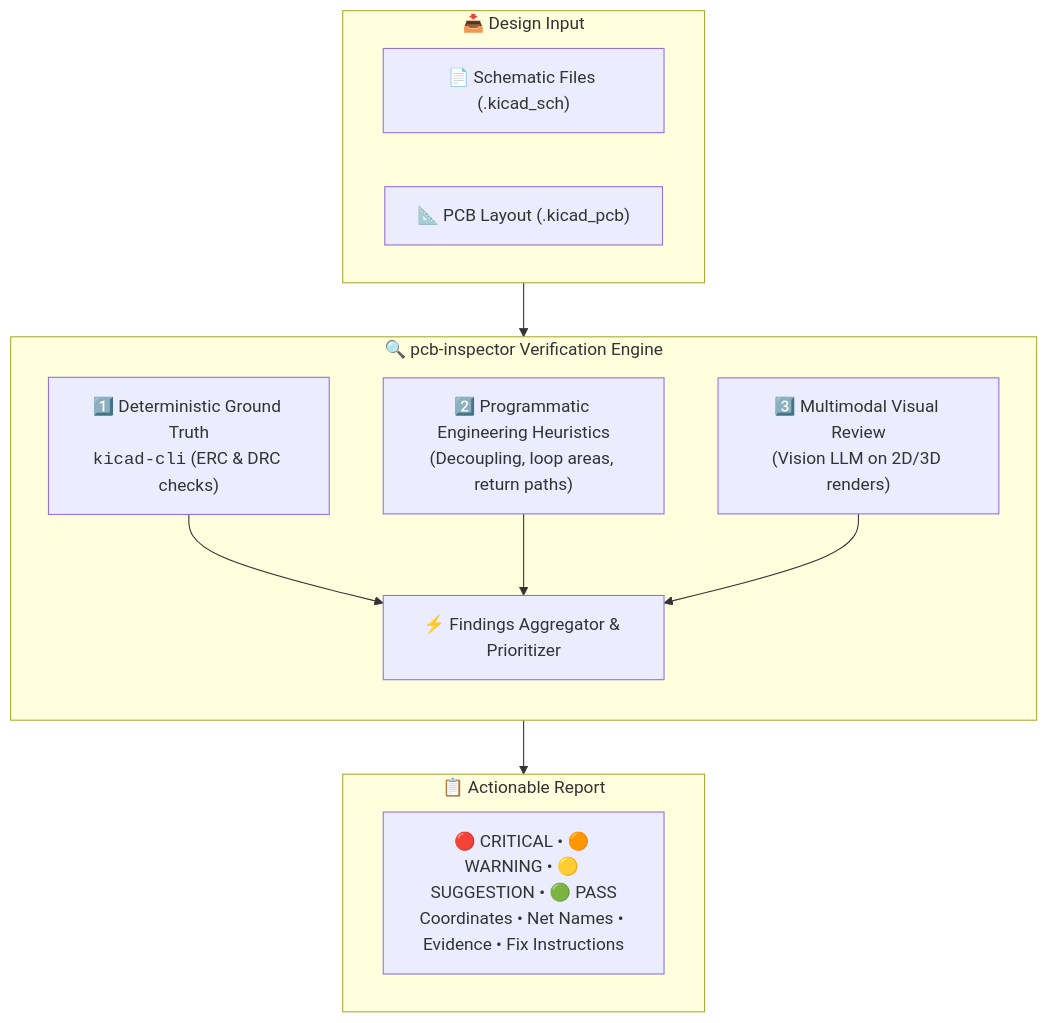
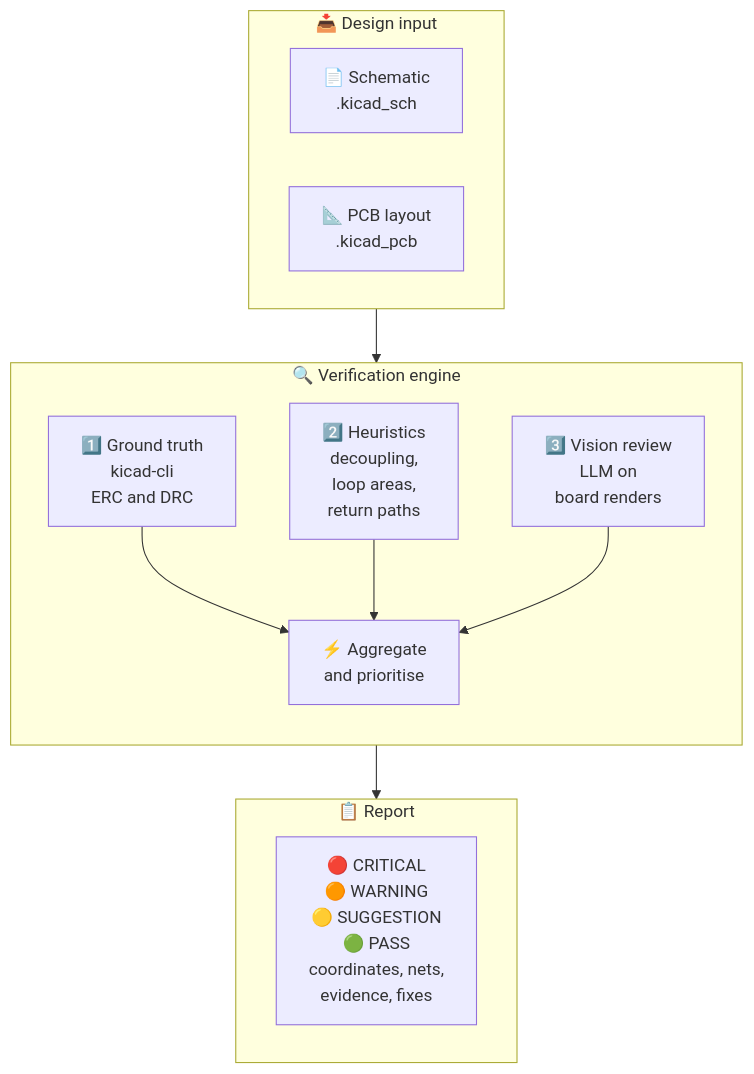
One commit to takzen/pcb-inspector changed the first of 2 diagrams in README.md. Above: the diagram before and after it, drawn with Mermaid.

Commit message:
docs: fit the pipeline diagram labels inside their boxes
GitHub's Mermaid renderer sized boxes narrower than the emoji and <code>
text inside them, so long labels were clipped. Labels are now short
lines, with no <code>.

````diff
--- a/README.md
+++ b/README.md
@@ -95,26 +95,26 @@
 ```mermaid
 flowchart TD
-    subgraph Input ["📥 Design Input"]
-        SCH["📄 Schematic Files (.kicad_sch)"]
-        PCB["📐 PCB Layout (.kicad_pcb)"]
+    subgraph Input ["📥 Design input"]
+        SCH["📄 Schematic<br/>.kicad_sch"]
+        PCB["📐 PCB layout<br/>.kicad_pcb"]
     end
 
-    subgraph Pipeline ["🔍 pcb-inspector Verification Engine"]
+    subgraph Pipeline ["🔍 Verification engine"]
         direction TB
-        L1["1️⃣ Deterministic Ground Truth<br/><code>kicad-cli</code> (ERC & DRC checks)"]
-        L2["2️⃣ Programmatic Engineering Heuristics<br/>(Decoupling, loop areas, return paths)"]
-        L3["3️⃣ Multimodal Visual Review<br/>(Vision LLM on 2D/3D renders)"]
-        
+        L1["1️⃣ Ground truth<br/>kicad-cli<br/>ERC and DRC"]
+        L2["2️⃣ Heuristics<br/>decoupling,<br/>loop areas,<br/>return paths"]
+        L3["3️⃣ Vision review<br/>LLM on<br/>board renders"]
+        Aggregator["⚡ Aggregate<br/>and prioritise"]
+
         L1 --> Aggregator
         L2 --> Aggregator
         L3 --> Aggregator
-        Aggregator["⚡ Findings Aggregator & Prioritizer"]
     end
 
-    subgraph Output ["📋 Actionable Report"]
-        Report["🔴 CRITICAL • 🟠 WARNING • 🟡 SUGGESTION • 🟢 PASS<br/>Coordinates • Net Names • Evidence • Fix Instructions"]
+    subgraph Output ["📋 Report"]
+        Report["🔴 CRITICAL<br/>🟠 WARNING<br/>🟡 SUGGESTION<br/>🟢 PASS<br/>coordinates, nets,<br/>evidence, fixes"]
     end
 
     Input --> Pipeline
     Aggregator --> Output
 ```
````
